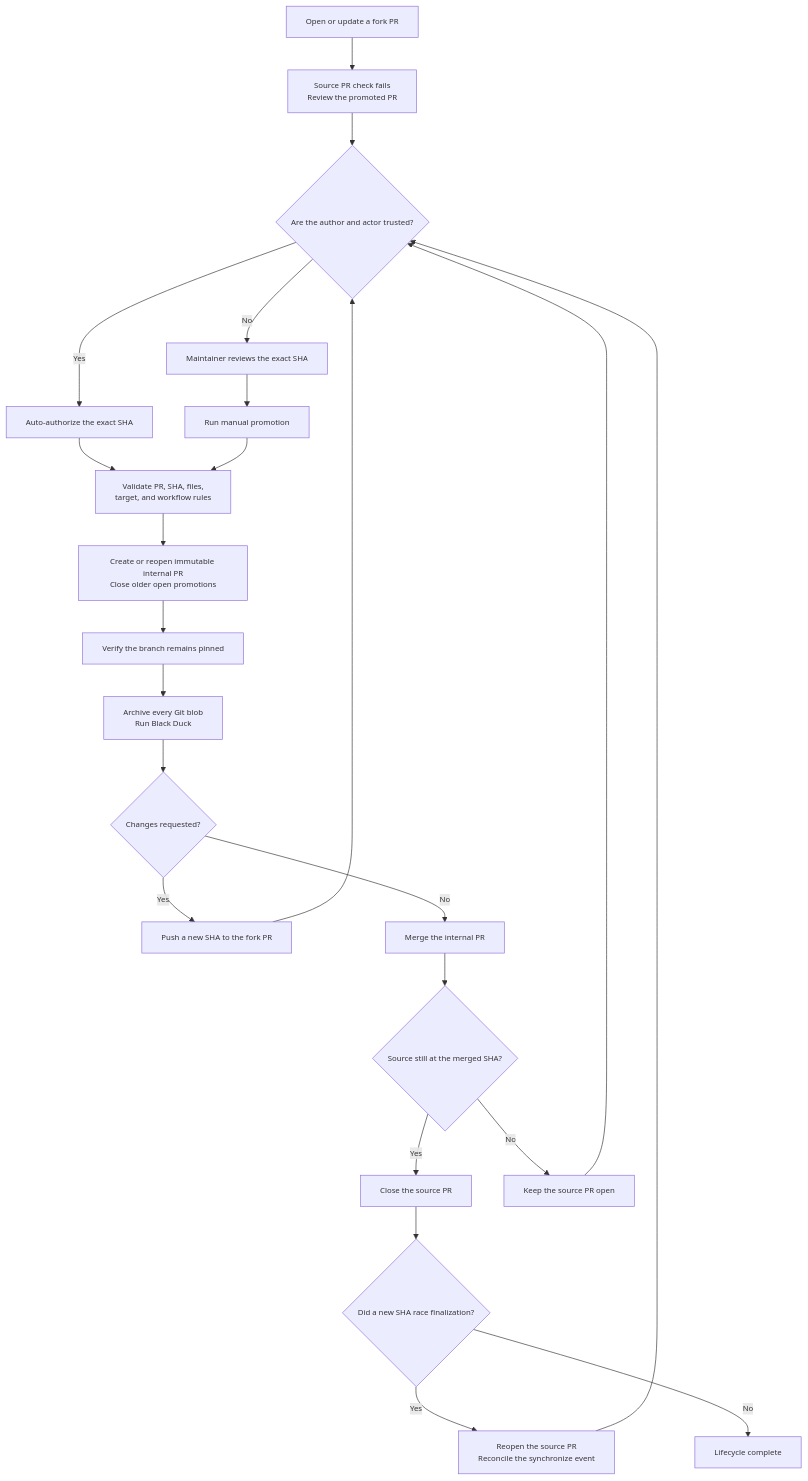
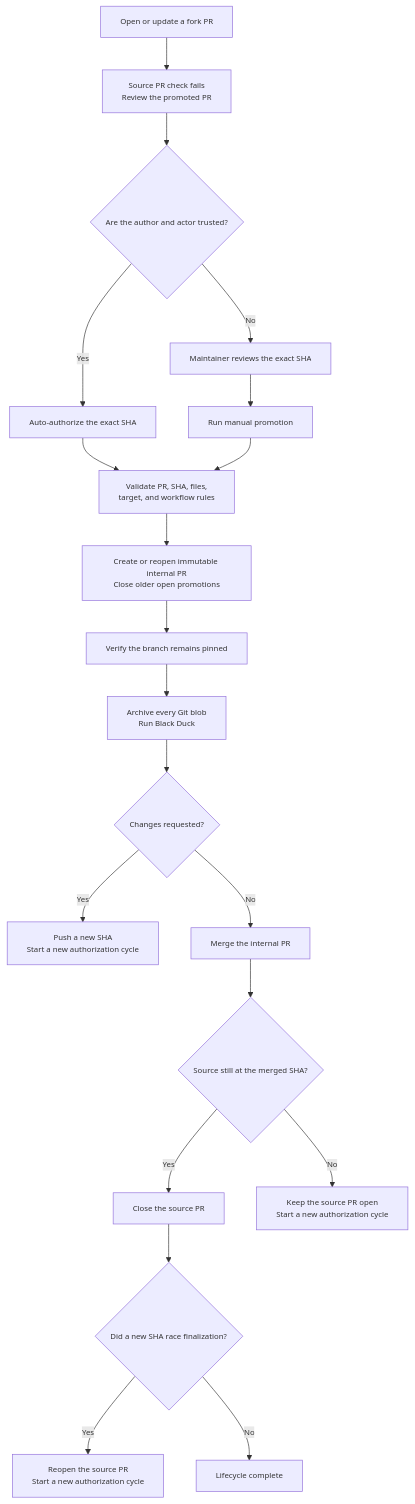
Before and after one commit to NeethuESim/mcp: the diagram in docs/fork-pr-promotion.md, drawn with Mermaid.

Commit message:
fix: font size

````diff
--- a/docs/fork-pr-promotion.md
+++ b/docs/fork-pr-promotion.md
@@ -18,27 +18,24 @@
 ```mermaid
-%%{init: {"themeVariables": {"fontSize": "12px"}}}%%
+%%{init: {"flowchart": {"useMaxWidth": true}, "themeVariables": {"fontSize": "12px"}}}%%
 flowchart TD
     A["Open or update a fork PR"]
     A --> G["Source PR check fails<br/>Review the promoted PR"]
     G --> B{"Are the author and actor trusted?"}
     B -- Yes --> C["Auto-authorize the exact SHA"]
     B -- No --> D["Maintainer reviews the exact SHA"]
     D --> E["Run manual promotion"]
     C --> F["Validate PR, SHA, files,<br/>target, and workflow rules"]
     E --> F
     F --> H["Create or reopen immutable internal PR<br/>Close older open promotions"]
     H --> I["Verify the branch remains pinned"]
     I --> J["Archive every Git blob<br/>Run Black Duck"]
     J --> K{"Changes requested?"}
-    K -- Yes --> L["Push a new SHA to the fork PR"]
-    L --> B
+    K -- Yes --> L["Push a new SHA<br/>Start a new authorization cycle"]
     K -- No --> M["Merge the internal PR"]
     M --> N{"Source still at the merged SHA?"}
     N -- Yes --> O["Close the source PR"]
-    N -- No --> P["Keep the source PR open"]
+    N -- No --> P["Keep the source PR open<br/>Start a new authorization cycle"]
     O --> Q{"Did a new SHA race finalization?"}
-    Q -- Yes --> R["Reopen the source PR<br/>Reconcile the synchronize event"]
+    Q -- Yes --> R["Reopen the source PR<br/>Start a new authorization cycle"]
     Q -- No --> S["Lifecycle complete"]
-    P --> B
-    R --> B
 ```
````
